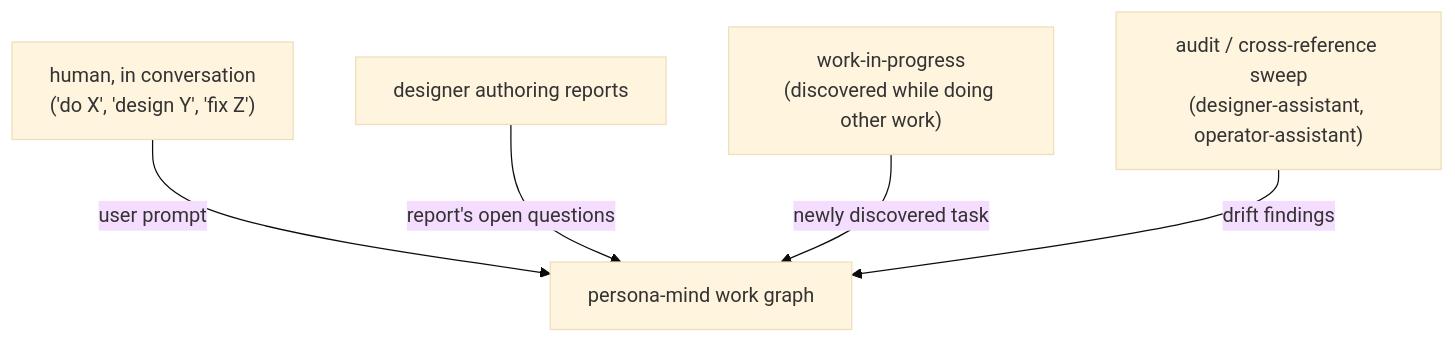
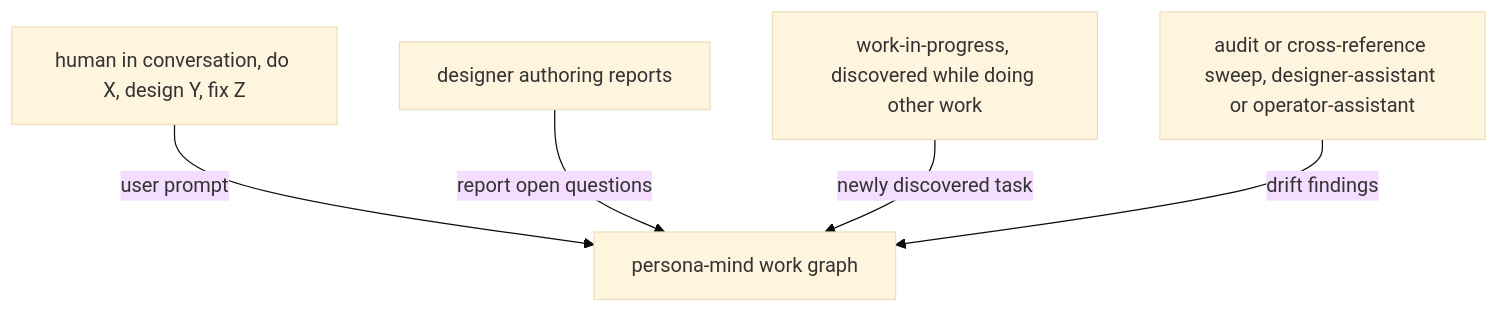
The ninth of 18 diagrams in reports/designer/114-persona-vision-as-of-2026-05-11.md (LiGoldragon/primary), drawn with Mermaid (base theme) before and after one commit. The commit also changed other lines of this file, not shown here.

````diff
--- a/reports/designer/114-persona-vision-as-of-2026-05-11.md
+++ b/reports/designer/114-persona-vision-as-of-2026-05-11.md
@@ -647,14 +655,14 @@
 ```mermaid
 flowchart TB
-    human4["human, in conversation<br/>('do X', 'design Y', 'fix Z')"]
+    human4["human in conversation, do X, design Y, fix Z"]
     designer_role["designer authoring reports"]
-    in_flight["work-in-progress<br/>(discovered while doing other work)"]
-    audit["audit / cross-reference sweep<br/>(designer-assistant, operator-assistant)"]
+    in_flight["work-in-progress, discovered while doing other work"]
+    audit["audit or cross-reference sweep, designer-assistant or operator-assistant"]
 
     mind_work["persona-mind work graph"]
 
-    human4 -->|"user prompt"| mind_work
-    designer_role -->|"report's open questions"| mind_work
-    in_flight -->|"newly discovered task"| mind_work
-    audit -->|"drift findings"| mind_work
+    human4 -->|user prompt| mind_work
+    designer_role -->|report open questions| mind_work
+    in_flight -->|newly discovered task| mind_work
+    audit -->|drift findings| mind_work
 ```
````
